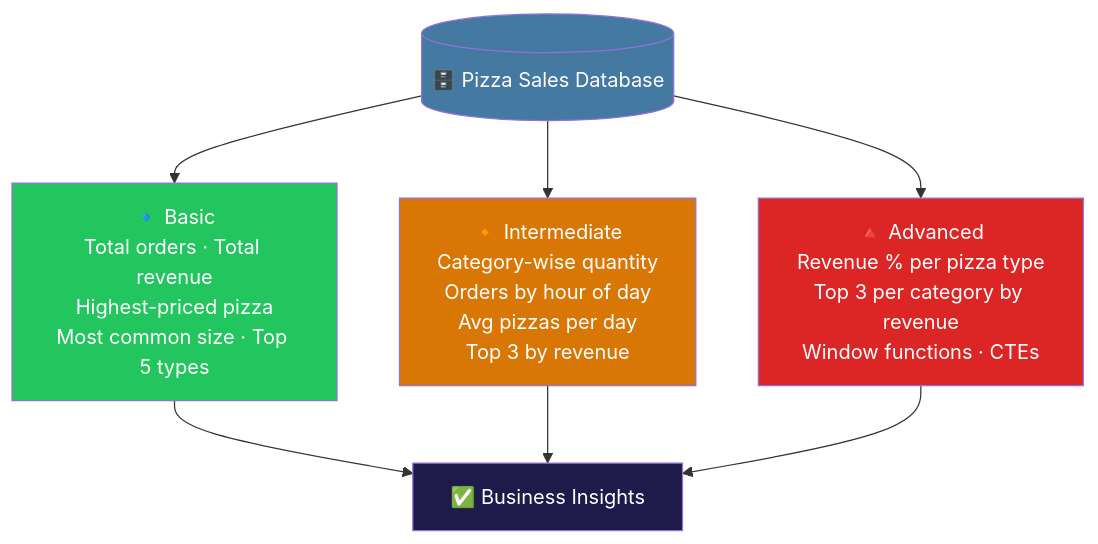
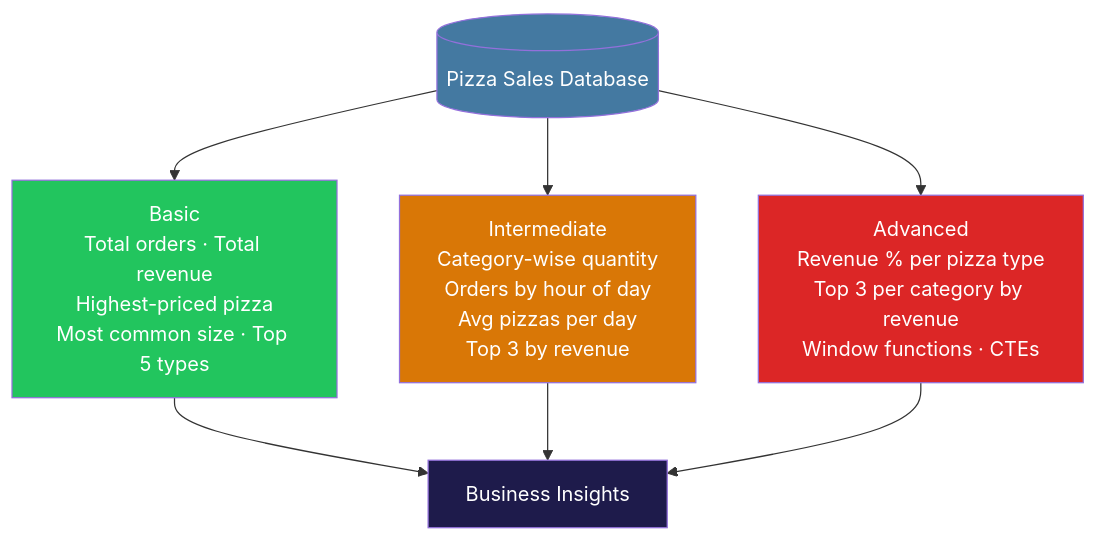
The fifth of 7 diagrams in README.md (a-r-ashik/Data-Analysis), drawn with Mermaid before and after one commit. The commit also changed other lines of this file, not shown here.

````diff
--- a/README.md
+++ b/README.md
@@ -235,20 +235,20 @@
 ```mermaid
 flowchart TD
-    DB[(🗄️ Pizza Sales Database)] --> B & I & A
+    DB[( Pizza Sales Database)] --> B & I & A
 
-    B["🔹 Basic\nTotal orders · Total revenue\nHighest-priced pizza\nMost common size · Top 5 types"]
+    B[" Basic\nTotal orders · Total revenue\nHighest-priced pizza\nMost common size · Top 5 types"]
 
-    I["🔸 Intermediate\nCategory-wise quantity\nOrders by hour of day\nAvg pizzas per day\nTop 3 by revenue"]
+    I[" Intermediate\nCategory-wise quantity\nOrders by hour of day\nAvg pizzas per day\nTop 3 by revenue"]
 
-    A["🔺 Advanced\nRevenue % per pizza type\nTop 3 per category by revenue\nWindow functions · CTEs"]
+    A[" Advanced\nRevenue % per pizza type\nTop 3 per category by revenue\nWindow functions · CTEs"]
 
-    B --> OUT[✅ Business Insights]
+    B --> OUT[ Business Insights]
     I --> OUT
     A --> OUT
 
     style DB fill:#4479A1,color:#fff
     style B fill:#22C55E,color:#fff
     style I fill:#D97706,color:#fff
     style A fill:#DC2626,color:#fff
     style OUT fill:#1e1b4b,color:#fff
 ```
````
